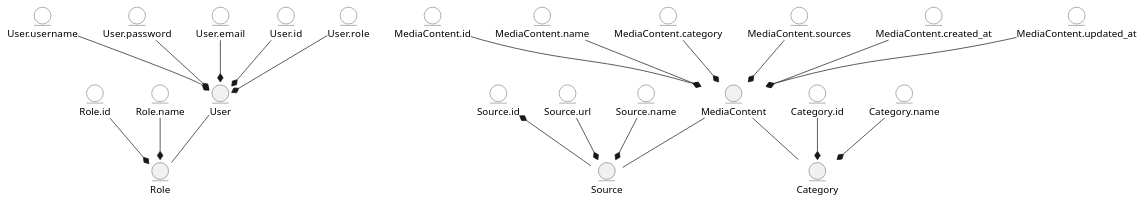
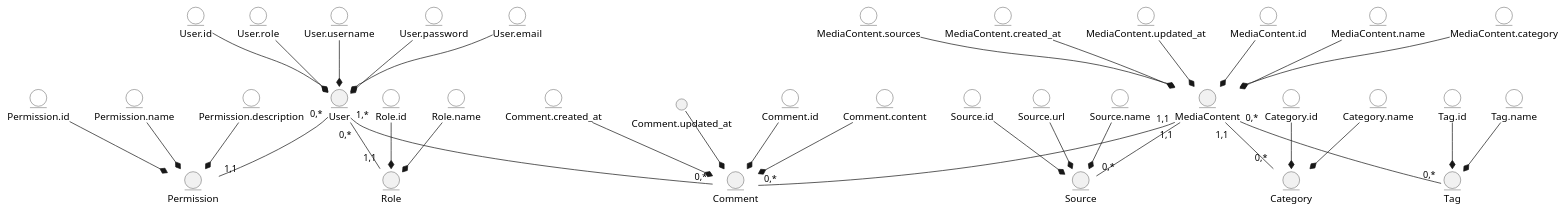
The first of 2 diagrams in docs/ua/design/index.md (ypapish/database-course-work), drawn with PlantUML before and after one commit. The commit also changed other lines of this file and 1 other file, not shown here.

```diff
--- a/docs/ua/design/index.md
+++ b/docs/ua/design/index.md
@@ -5,5 +5,4 @@
 @startuml
-
 entity User
 entity User.username #FFFFFF 
 entity User.password #FFFFFF
@@ -22,9 +21,18 @@
 entity Source.url #FFFFFF
 entity Source.name #FFFFFF
 
-Source.id *-- Source
+Source.id --* Source
 Source.url --* Source
 Source.name --* Source
+
+entity Permission
+entity Permission.id #FFFFFF
+entity Permission.name #FFFFFF
+entity Permission.description #FFFFFF
+
+Permission.id --* Permission
+Permission.name --* Permission
+Permission.description --* Permission
 
 entity Category
 entity Category.id #FFFFFF
@@ -55,8 +63,30 @@
 Role.id --* Role
 Role.name --* Role
 
-User -d- Role 
-MediaContent -d- Category
-MediaContent -d- Source
+entity Comment
+entity Comment.id #FFFFFF
+entity Comment.content #FFFFFF
+entity Comment.created_at #FFFFFF
+
+Comment.id --* Comment
+Comment.content --* Comment
+Comment.created_at --* Comment
+Comment.updated_at --* Comment
+
+entity Tag
+entity Tag.id #FFFFFF
+entity Tag.name #FFFFFF
+
+Tag.id --* Tag
+Tag.name --* Tag
+
+
+User "0,*" -d- "1,1" Role
+User "0,*" -d- "1,1" Permission
+User "1,*" -d- "0,*" Comment
+MediaContent "1,1" -d- "0,*" Category
+MediaContent "1,1" -d- "0,*" Source
+MediaContent "0,*" -d- "0,*" Tag
+MediaContent "1,1" -d- "0,*" Comment
 
 @enduml
```
